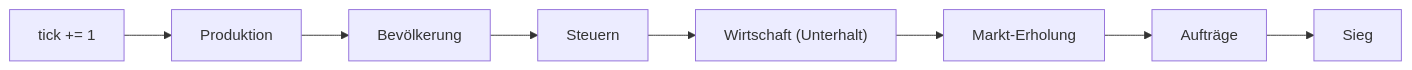
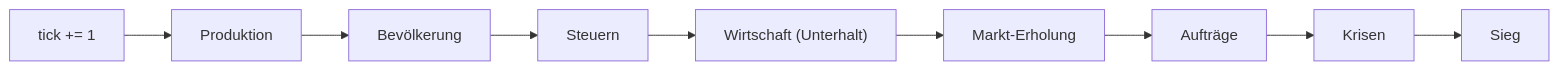
Before and after one commit to konstantinniedermann/Inselreich: the fourth of 7 diagrams in docs/arc42.md, drawn with Mermaid. The commit also changed other lines of this file, not shown here.

First line of the commit message:
docs: arc42 §5/§6/§8 um Krisen nachgeführt (R102)

````diff
--- a/docs/arc42.md
+++ b/docs/arc42.md
@@ -217,5 +219,5 @@
 ```mermaid
 flowchart LR
   T["tick += 1"] --> P["Produktion"] --> B["Bevölkerung"] --> S["Steuern"] --> W["Wirtschaft (Unterhalt)"]
-  W --> M["Markt-Erholung"] --> O["Aufträge"] --> V["Sieg"]
+  W --> M["Markt-Erholung"] --> O["Aufträge"] --> K["Krisen"] --> V["Sieg"]
 ```
````
